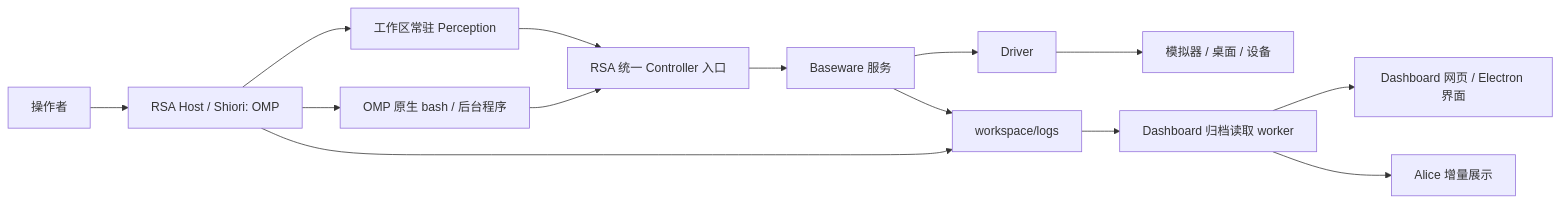
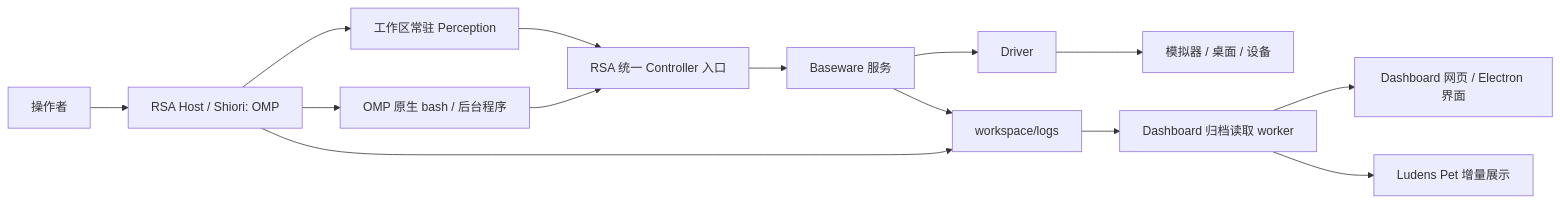
One commit to luokerenx4/Ludens-alpha changed the diagram in docs/architecture.md. Above: the diagram before and after it, drawn with Mermaid. The commit also changed other lines of this file and 14 other files, not shown here.

First line of the commit message:
brand: unify user-facing naming to Ludens Pet

````diff
--- a/docs/architecture.md
+++ b/docs/architecture.md
@@ -15,16 +15,16 @@
 ```mermaid
 flowchart LR
     O[操作者] --> H[RSA Host / Shiori: OMP]
     H --> P[工作区常驻 Perception]
     H --> S[OMP 原生 bash / 后台程序]
     S --> C[RSA 统一 Controller 入口]
     P --> C
     C --> B[Baseware 服务]
     B --> D[Driver]
     D --> E[模拟器 / 桌面 / 设备]
     H --> L[workspace/logs]
     B --> L
     L --> R[Dashboard 归档读取 worker]
     R --> V[Dashboard 网页 / Electron 界面]
-    R --> A[Alice 增量展示]
+    R --> A[Ludens Pet 增量展示]
 ```
````
